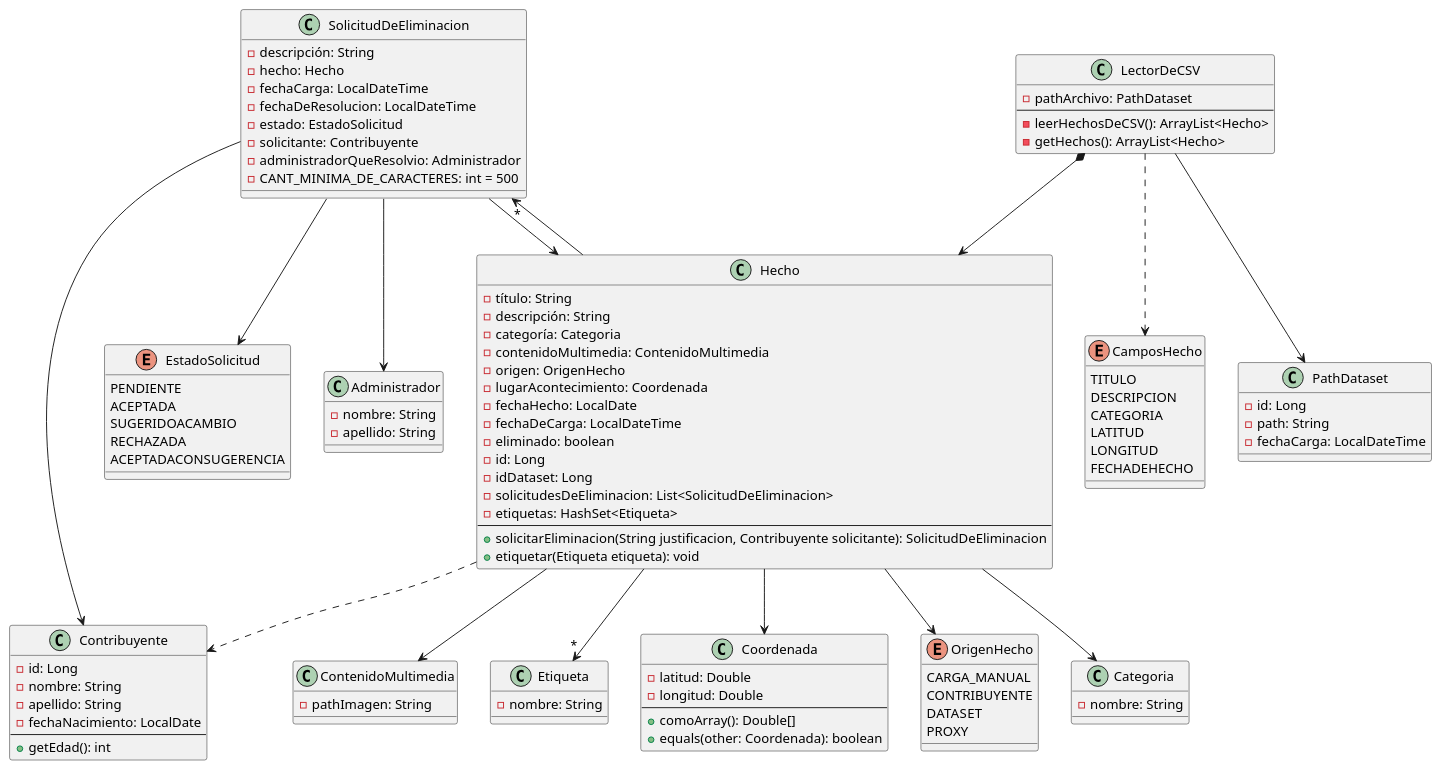
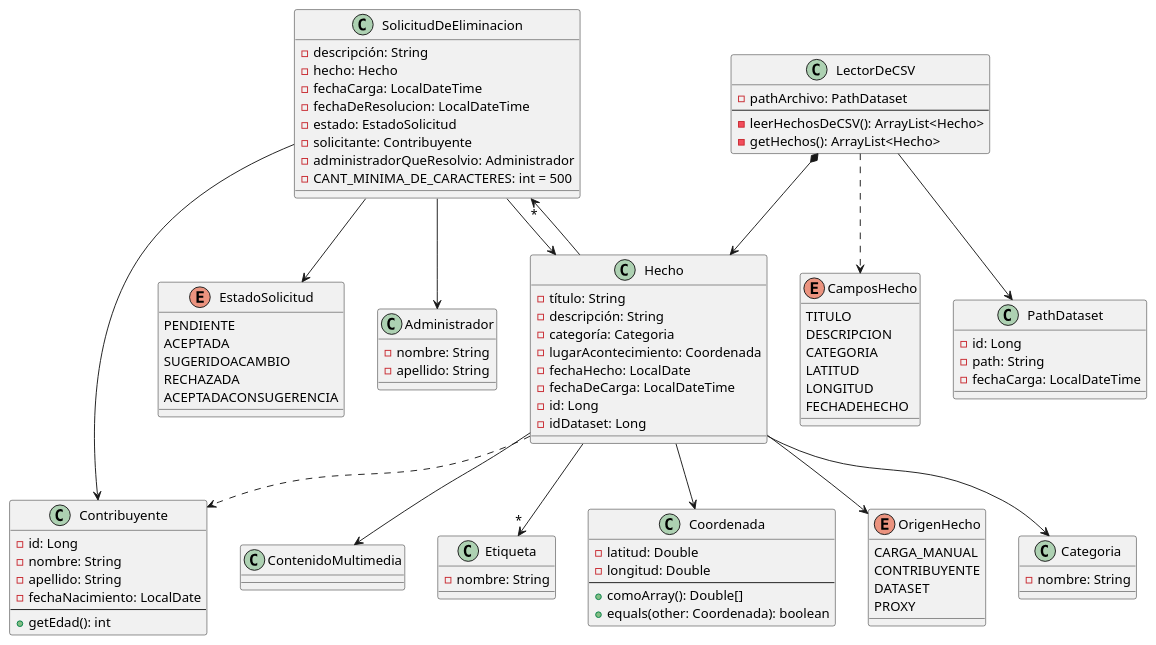
Before and after one commit to faustorod1/MetaMapa: the diagram in fuente-estatica/ddcFuenteEstatica.puml, drawn with PlantUML. The commit also changed 33 other files, not shown here.

```diff
--- a/fuente-estatica/ddcFuenteEstatica.puml
+++ b/fuente-estatica/ddcFuenteEstatica.puml
@@ -1,124 +1,115 @@
 @startuml
 
 class Administrador{
 - nombre: String
 - apellido: String
 }
 
 enum CamposHecho{
     TITULO
     DESCRIPCION
     CATEGORIA
     LATITUD
     LONGITUD
     FECHADEHECHO
 }
 
 
 class Categoria{
 - nombre: String
 }
 
 class ContenidoMultimedia{
-- pathImagen: String
 }
 
 
 enum EstadoSolicitud {
     PENDIENTE
     ACEPTADA
     SUGERIDOACAMBIO
     RECHAZADA
     ACEPTADACONSUGERENCIA
 }
 
 class Etiqueta{
 - nombre: String
 }
 
 class Coordenada{
 - latitud: Double
 - longitud: Double
 --
 + comoArray(): Double[]
 + equals(other: Coordenada): boolean
 }
 
 class Hecho{
 - título: String
 - descripción: String
 - categoría: Categoria
-- contenidoMultimedia: ContenidoMultimedia
-- origen: OrigenHecho
 - lugarAcontecimiento: Coordenada
 - fechaHecho: LocalDate
 - fechaDeCarga: LocalDateTime
-- eliminado: boolean
 - id: Long
 - idDataset: Long
-- solicitudesDeEliminacion: List<SolicitudDeEliminacion>
-- etiquetas: HashSet<Etiqueta>
---
-+ solicitarEliminacion(String justificacion, Contribuyente solicitante): SolicitudDeEliminacion
-+ etiquetar(Etiqueta etiqueta): void
 }
 
 class LectorDeCSV{
 - pathArchivo: PathDataset
 --
 - leerHechosDeCSV(): ArrayList<Hecho>
 - getHechos(): ArrayList<Hecho>
 }
 
 enum OrigenHecho{
 CARGA_MANUAL
 CONTRIBUYENTE
 DATASET
 PROXY
 }
 
 
 class Contribuyente{
 - id: Long
 - nombre: String
 - apellido: String
 - fechaNacimiento: LocalDate
 --
 + getEdad(): int
 }
 
 class PathDataset{
 - id: Long
 - path: String
 - fechaCarga: LocalDateTime
 }
 
 class SolicitudDeEliminacion{
 - descripción: String
 - hecho: Hecho
 - fechaCarga: LocalDateTime
 - fechaDeResolucion: LocalDateTime
 - estado: EstadoSolicitud
 - solicitante: Contribuyente
 - administradorQueResolvio: Administrador
 - CANT_MINIMA_DE_CARACTERES: int = 500
 }
 
 Hecho --> Categoria
 Hecho --> ContenidoMultimedia
 Hecho --> OrigenHecho
 Hecho --> Coordenada
 Hecho -->"*" SolicitudDeEliminacion
 Hecho -->"*" Etiqueta
 Hecho ..> Contribuyente
 
 LectorDeCSV *--> Hecho
 LectorDeCSV ..> CamposHecho
 LectorDeCSV --> PathDataset
 
 SolicitudDeEliminacion --> Hecho
 SolicitudDeEliminacion --> EstadoSolicitud
 SolicitudDeEliminacion --> Contribuyente
 SolicitudDeEliminacion --> Administrador
 
 @enduml
```
